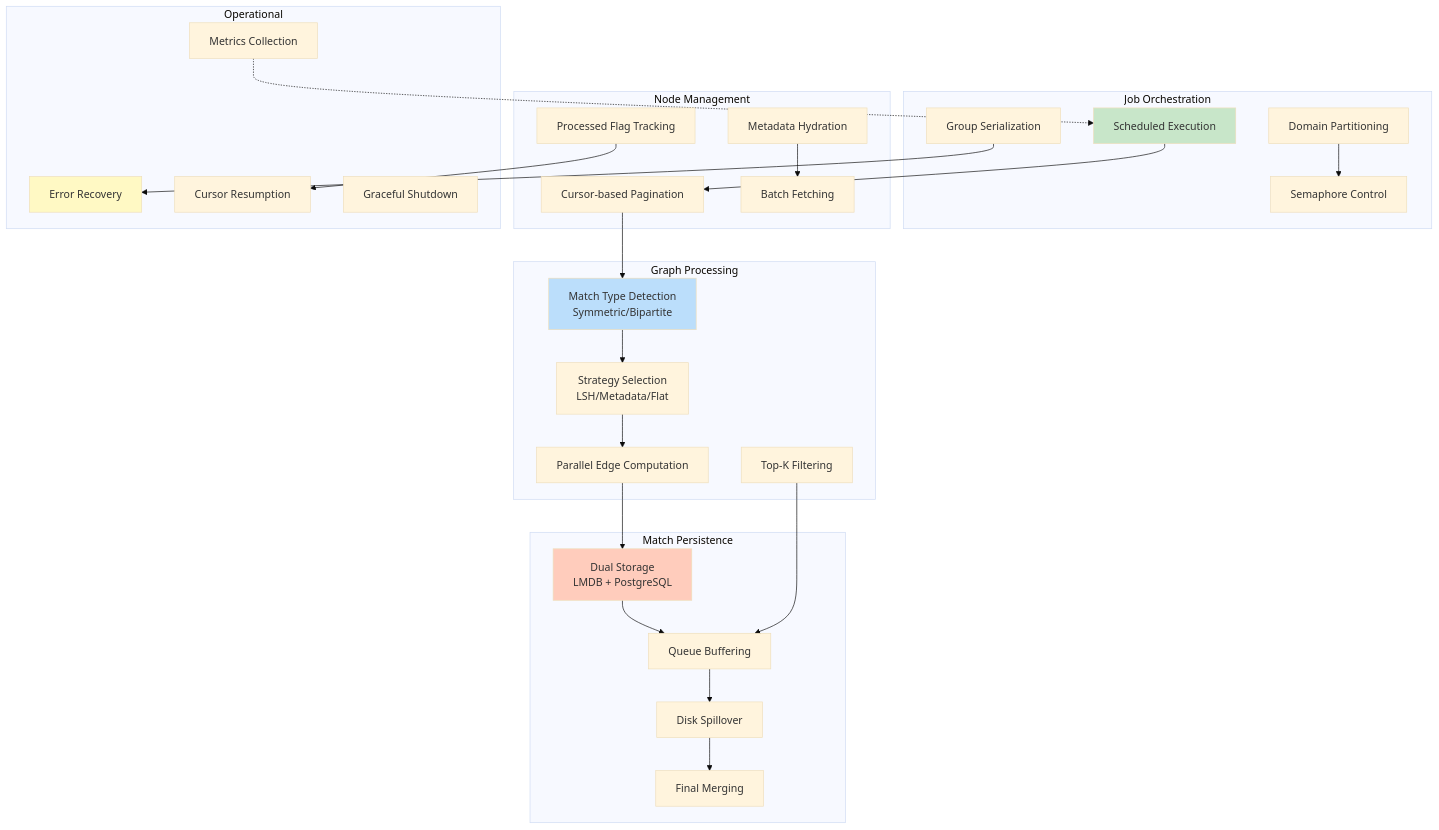
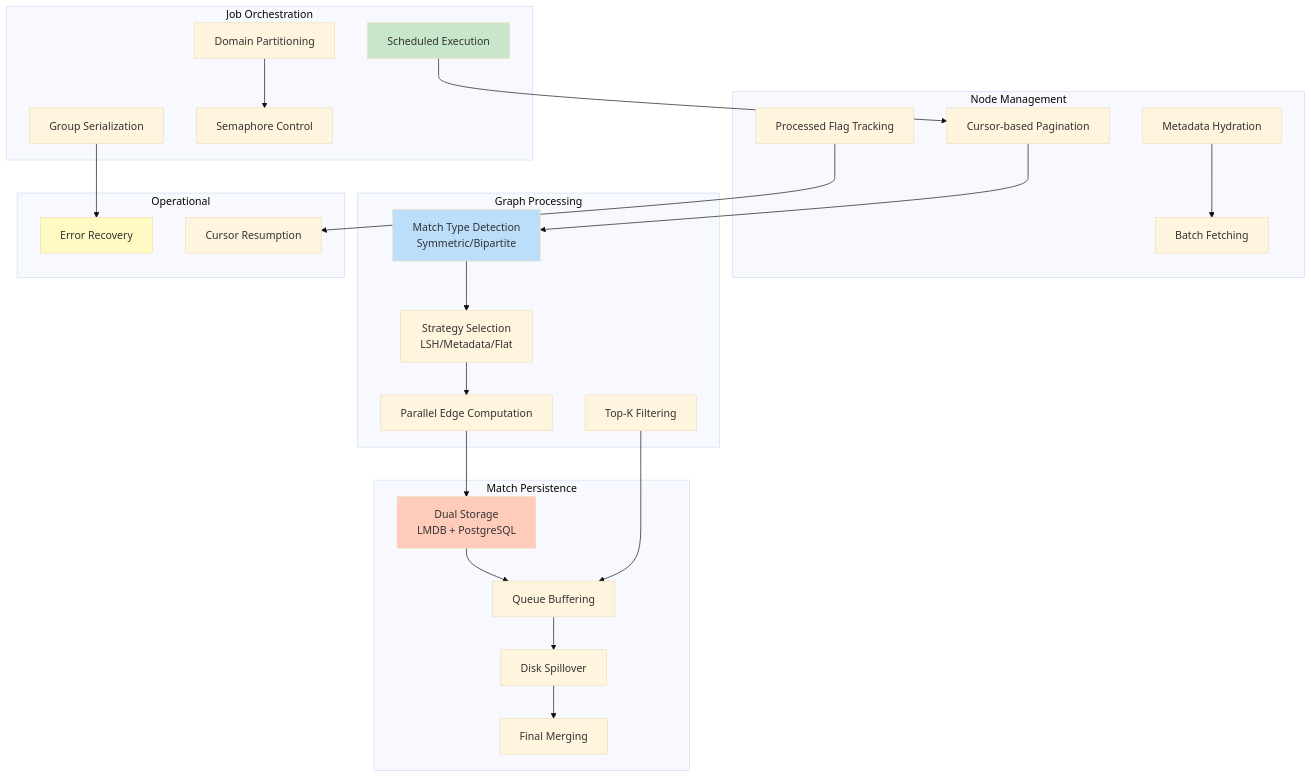
One commit to kagit00/schedule_x changed the second of 7 diagrams in docs/High Level Designs/ScheduledPotentialMatchesCreation.md. Above: the diagram before and after it, drawn with Mermaid (base theme). The commit also changed other lines of this file and 7 other files, not shown here.

````diff
--- a/docs/High Level Designs/ScheduledPotentialMatchesCreation.md
+++ b/docs/High Level Designs/ScheduledPotentialMatchesCreation.md
@@ -96,59 +91,56 @@
 ```mermaid
 graph TB
     subgraph "Job Orchestration"
         F1[Scheduled Execution]
         F2[Domain Partitioning]
         F3[Group Serialization]
         F4[Semaphore Control]
     end
     
     subgraph "Node Management"
         F5[Cursor-based Pagination]
         F6[Metadata Hydration]
         F7[Processed Flag Tracking]
         F8[Batch Fetching]
     end
     
     subgraph "Graph Processing"
         F9[Match Type Detection<br/>Symmetric/Bipartite]
         F10[Strategy Selection<br/>LSH/Metadata/Flat]
         F11[Parallel Edge Computation]
         F12[Top-K Filtering]
     end
     
     subgraph "Match Persistence"
         F13[Dual Storage<br/>LMDB + PostgreSQL]
         F14[Queue Buffering]
         F15[Disk Spillover]
         F16[Final Merging]
     end
     
     subgraph "Operational"
         F17[Error Recovery]
         F18[Cursor Resumption]
-        F19[Metrics Collection]
-        F20[Graceful Shutdown]
     end
     
     F1 --> F5
     F5 --> F9
     F9 --> F10
     F10 --> F11
     F11 --> F13
     F13 --> F14
     
     F2 --> F4
     F6 --> F8
     F12 --> F14
     F14 --> F15
     F15 --> F16
     
     F3 --> F17
     F7 --> F18
-    F19 -.-> F1
     
     style F1 fill:#C8E6C9
     style F9 fill:#BBDEFB
     style F13 fill:#FFCCBC
     style F17 fill:#FFF9C4
 ```
````
